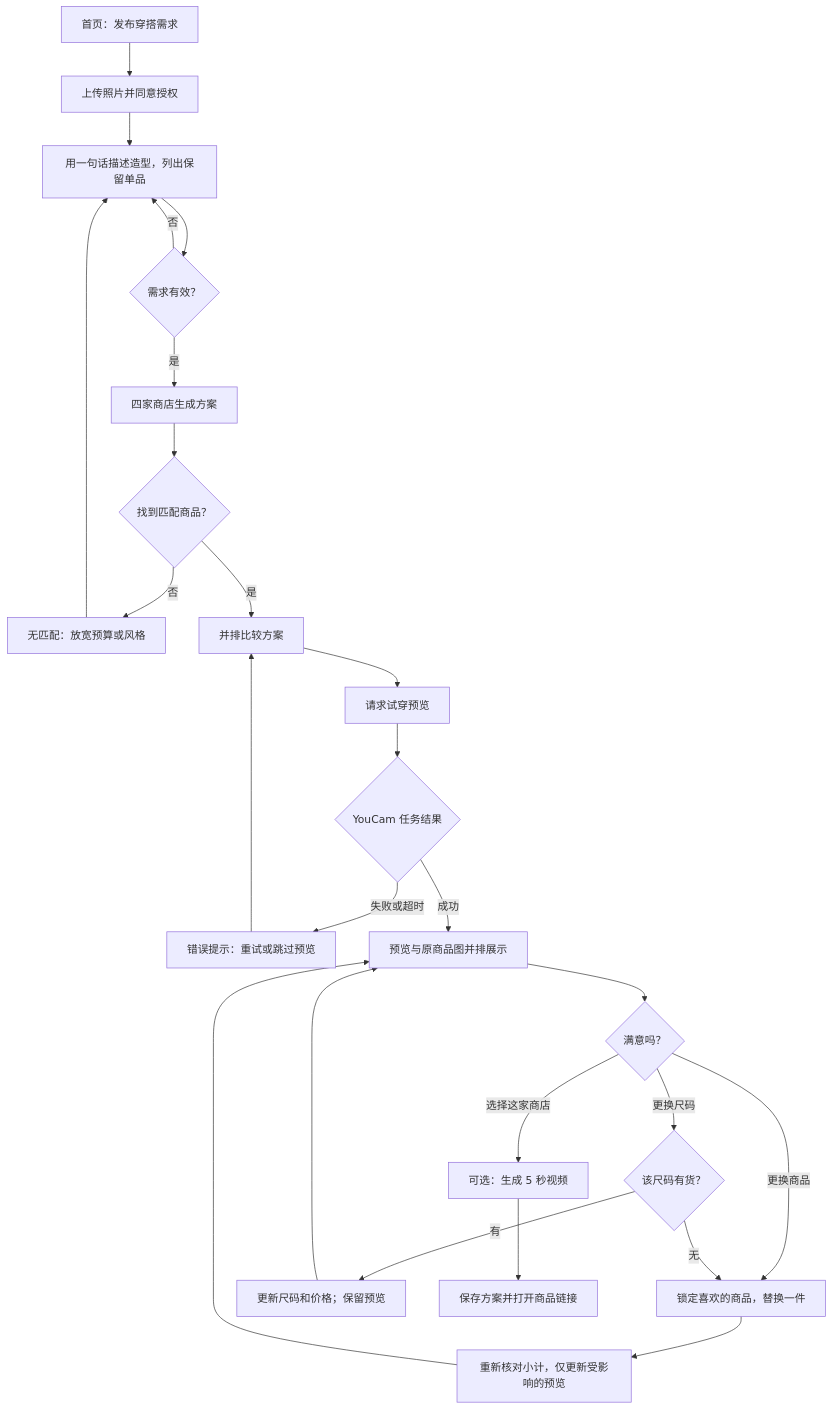
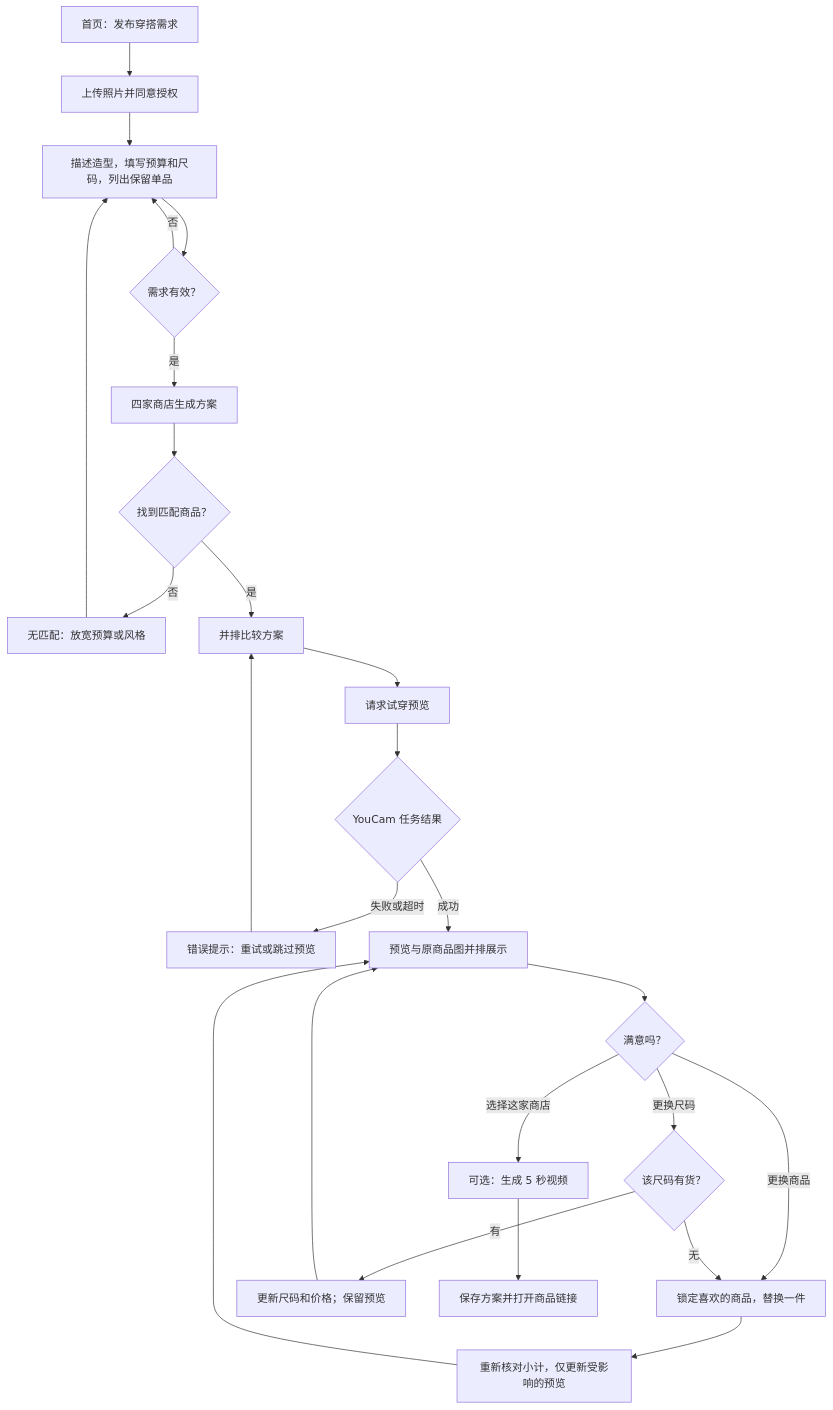
The second of 2 diagrams in docs/look-exchange-user-flow.md (Shawn-Bi/youcam-2), drawn with Mermaid before and after one commit. The commit also changed other lines of this file and 3 other files, not shown here.

````diff
--- a/docs/look-exchange-user-flow.md
+++ b/docs/look-exchange-user-flow.md
@@ -120,27 +120,27 @@
 ```mermaid
 flowchart TD
     A[首页：发布穿搭需求] --> B[上传照片并同意授权]
-    B --> C[用一句话描述造型，列出保留单品]
+    B --> C[描述造型，填写预算和尺码，列出保留单品]
     C --> D{需求有效？}
     D -- 否 --> C
     D -- 是 --> E[四家商店生成方案]
     E --> F{找到匹配商品？}
     F -- 否 --> G[无匹配：放宽预算或风格]
     G --> C
     F -- 是 --> H[并排比较方案]
     H --> I[请求试穿预览]
     I --> J{YouCam 任务结果}
     J -- 失败或超时 --> K[错误提示：重试或跳过预览]
     K --> H
     J -- 成功 --> L[预览与原商品图并排展示]
     L --> M{满意吗？}
     M -- 更换商品 --> N[锁定喜欢的商品，替换一件]
     N --> O[重新核对小计，仅更新受影响的预览]
     O --> L
     M -- 更换尺码 --> S{该尺码有货？}
     S -- 有 --> T[更新尺码和价格；保留预览]
     T --> L
     S -- 无 --> N
     M -- 选择这家商店 --> V[可选：生成 5 秒视频]
     V --> P[保存方案并打开商品链接]
 ```
````
